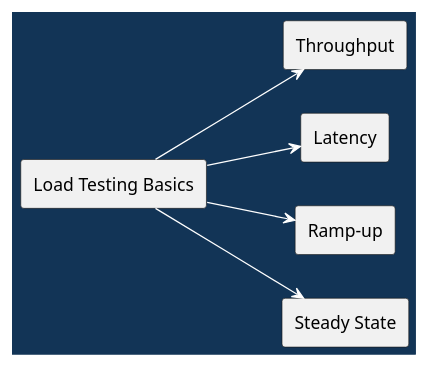
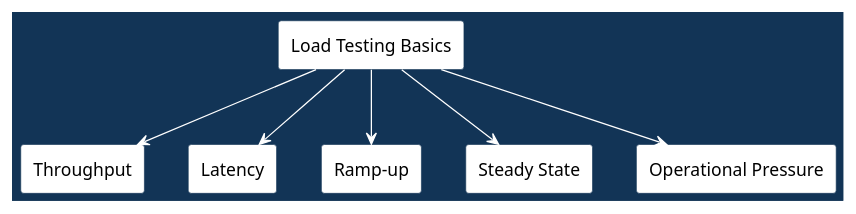
Before and after one commit to madajaju/CS5254: the first of 11 diagrams in doc/lectures/week12/load_testing/README.slides.adoc, drawn with PlantUML. The commit also changed other lines of this file and 47 other files, not shown here.

```diff
--- a/doc/lectures/week12/load_testing/README.slides.adoc
+++ b/doc/lectures/week12/load_testing/README.slides.adoc
@@ -4,30 +4,29 @@
-[plantuml,width=100%]
+[plantuml, width=100%]
 ----
 @startuml
 skinparam shadowing false
-skinparam backgroundColor #123456
-skinparam defaultFontColor black
+skinparam BackgroundColor #123456
+skinparam DefaultFontColor black
 skinparam ArrowColor white
 skinparam ArrowFontColor #ffd166
 skinparam ArrowFontStyle bold
 skinparam ArrowFontSize 16
-skinparam BoxBackgroundColor white
-skinparam BoxFontColor black
 skinparam BorderColor #123456
-skinparam ParticipantBorderColor #123456
-skinparam ParticipantBackgroundColor white
-skinparam ParticipantFontColor black
-skinparam LifeLineBorderColor white
-skinparam LifeLineBackgroundColor white
-left to right direction
-rectangle "Load Testing Basics" as T
-rectangle "Throughput" as A
-rectangle "Latency" as B
-rectangle "Ramp-up" as C
-rectangle "Steady State" as D
-T --> A
-T --> B
-T --> C
-T --> D
+skinparam rectangle {
+  BackgroundColor white
+  BorderColor #123456
+  FontColor black
+}
+rectangle "Load Testing Basics" as Topic
+rectangle "Throughput" as T
+rectangle "Latency" as L
+rectangle "Ramp-up" as R
+rectangle "Steady State" as S
+rectangle "Operational Pressure" as P
+Topic --> T
+Topic --> L
+Topic --> R
+Topic --> S
+Topic --> P
 @enduml
 ----
```
